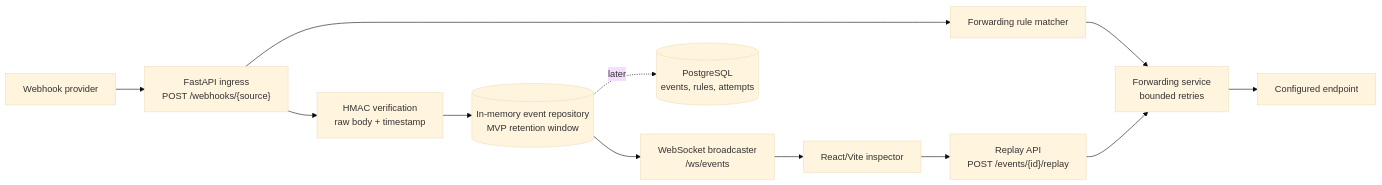
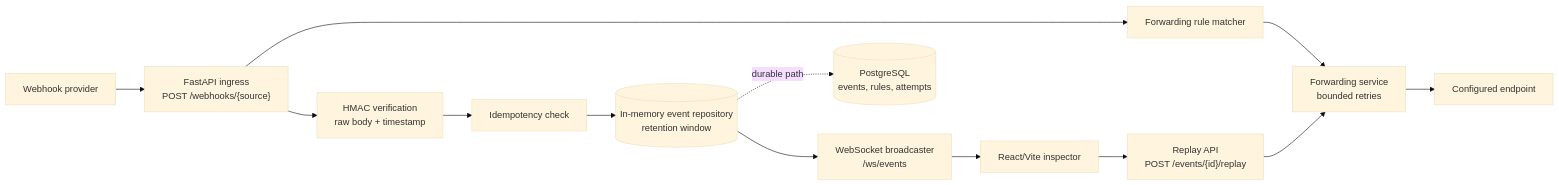
The diagram in README.md (nn2029/webhook-relay-inspector), drawn with Mermaid (base theme) before and after one commit. The commit also changed other lines of this file and 9 other files, not shown here.

````diff
--- a/README.md
+++ b/README.md
@@ -9,14 +9,15 @@
 ```mermaid
 flowchart LR
   Provider["Webhook provider"] --> Ingress["FastAPI ingress<br/>POST /webhooks/{source}"]
   Ingress --> Verify["HMAC verification<br/>raw body + timestamp"]
-  Verify --> Store[("In-memory event repository<br/>MVP retention window")]
+  Verify --> Dedupe["Idempotency check"]
+  Dedupe --> Store[("In-memory event repository<br/>retention window")]
   Ingress --> Match["Forwarding rule matcher"]
   Match --> Forward["Forwarding service<br/>bounded retries"]
   Forward --> Receiver["Configured endpoint"]
   Store --> WS["WebSocket broadcaster<br/>/ws/events"]
   WS --> UI["React/Vite inspector"]
   UI --> Replay["Replay API<br/>POST /events/{id}/replay"]
   Replay --> Forward
-  Store -. later .-> Postgres[("PostgreSQL<br/>events, rules, attempts")]
+  Store -. durable path .-> Postgres[("PostgreSQL<br/>events, rules, attempts")]
 ```
````
